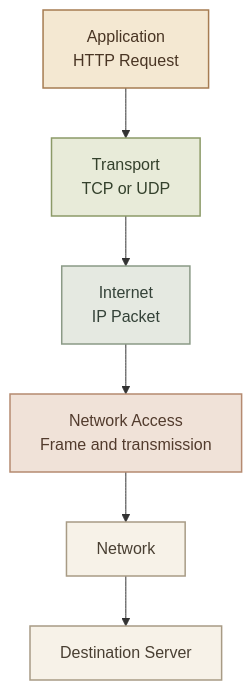
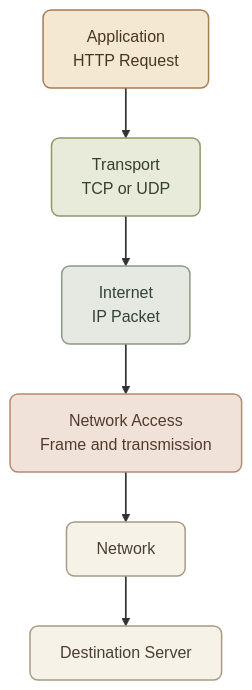
Before and after one commit to mustafammasoud/ops-handbook: the diagram in content/networking/tcp-ip-model.mdx, drawn with Mermaid. The commit also changed other lines of this file and 7 other files, not shown here.

````diff
--- a/content/networking/tcp-ip-model.mdx
+++ b/content/networking/tcp-ip-model.mdx
@@ -218,20 +224,21 @@
 ```mermaid
 flowchart TD
     A[" Application<br/>HTTP Request"] --> B["Transport<br/>TCP or UDP"]
     B --> C["Internet<br/>IP Packet"]
     C --> D["Network Access<br/>Frame and transmission"]
     D --> E[" Network"]
     E --> F[" Destination Server"]
 
-    classDef app fill:#F4E8D2,stroke:#A67C52,color:#493524,stroke-width:1.5px
-    classDef transport fill:#E8EBD9,stroke:#8C9A68,color:#34412C,stroke-width:1.5px
-    classDef internet fill:#E5E9E1,stroke:#8B9A86,color:#344238,stroke-width:1.5px
-    classDef access fill:#F0E2D8,stroke:#B58A70,color:#523B2D,stroke-width:1.5px
-    classDef endpoint fill:#F7F2E8,stroke:#A89B85,color:#493F32,stroke-width:1.5px
+    classDef app fill:#F4E8D2,stroke:#A67C52,color:#493524,stroke-width:1.5px,rx:8,ry:8
+    classDef transport fill:#E8EBD9,stroke:#8C9A68,color:#34412C,stroke-width:1.5px,rx:8,ry:8
+    classDef internet fill:#E5E9E1,stroke:#8B9A86,color:#344238,stroke-width:1.5px,rx:8,ry:8
+    classDef access fill:#F0E2D8,stroke:#B58A70,color:#523B2D,stroke-width:1.5px,rx:8,ry:8
+    classDef endpoint fill:#F7F2E8,stroke:#A89B85,color:#493F32,stroke-width:1.5px,rx:8,ry:8
 
     class A app
     class B transport
     class C internet
     class D access
     class E,F endpoint
+    linkStyle default stroke-width:1.7px
 ```
````
